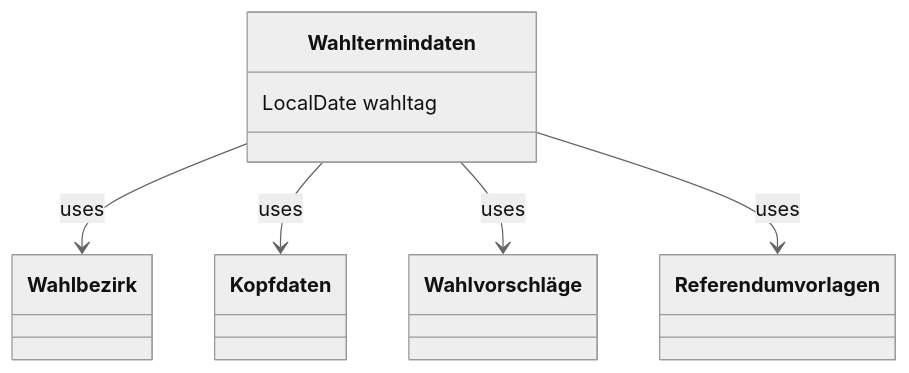
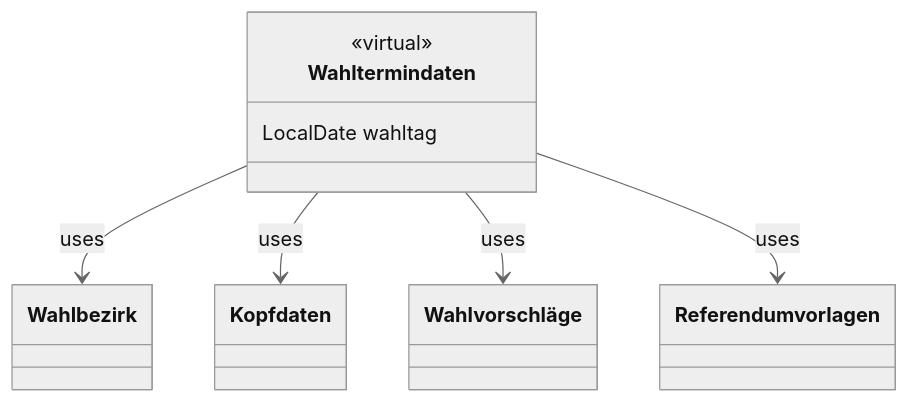
One commit to it-at-m/Wahllokalsystem changed the diagram in docs/src/features/basisdaten-service/index.md. Above: the diagram before and after it, drawn with Mermaid (neutral theme).

Commit message:
mark Wahltermindaten in doc as virtual class

````diff
--- a/docs/src/features/basisdaten-service/index.md
+++ b/docs/src/features/basisdaten-service/index.md
@@ -23,18 +23,19 @@
 ```mermaid
 
 classDiagram
     Wahltermindaten
     Wahlbezirk
     Wahlvorschläge
     Referendumvorlagen
     Kopfdaten
     
     Wahltermindaten --> Wahlbezirk : uses
     Wahltermindaten --> Kopfdaten : uses
     Wahltermindaten --> Wahlvorschläge : uses
     Wahltermindaten --> Referendumvorlagen : uses
     
     class Wahltermindaten {
+        <<virtual>>
         LocalDate wahltag
  }
 ```
````
